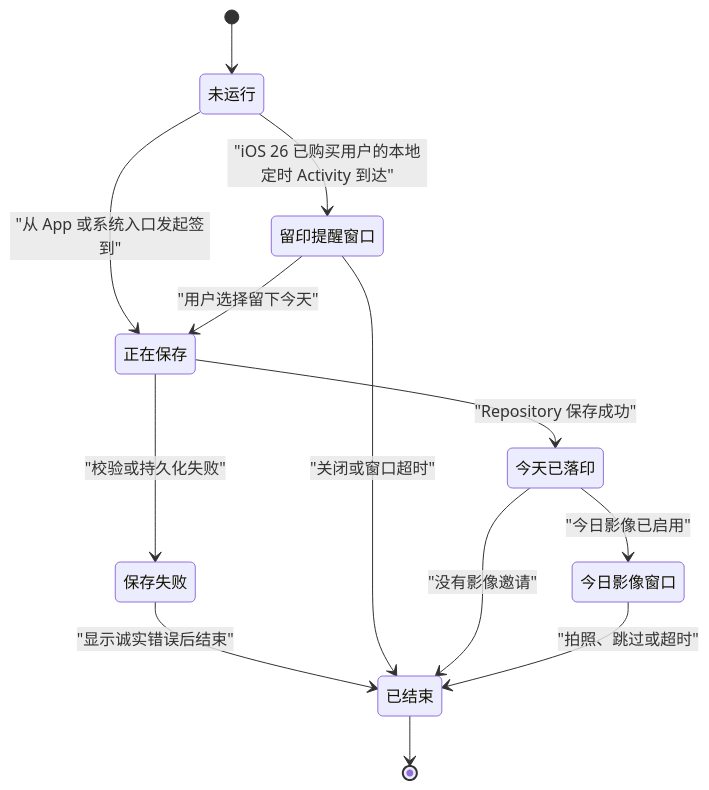
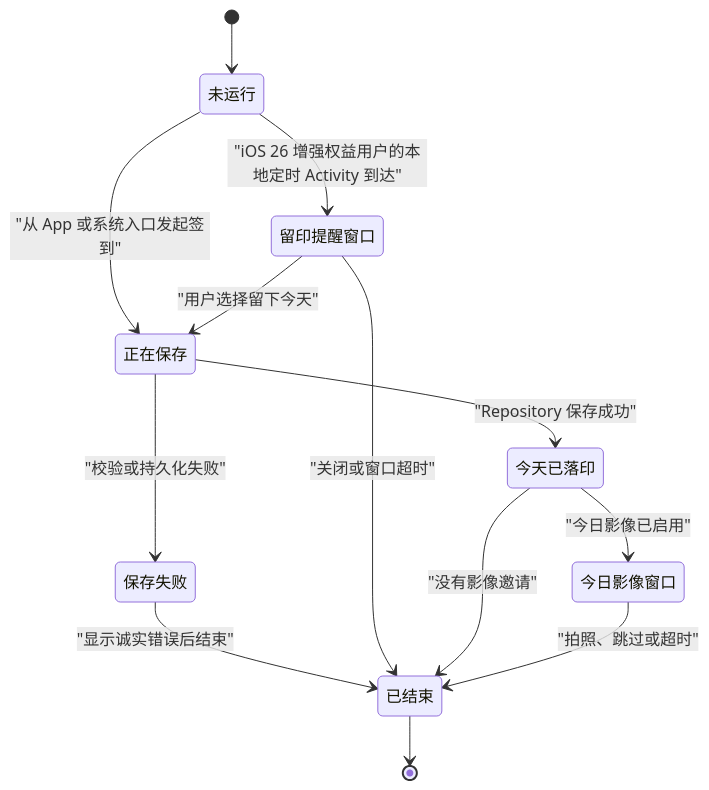
Before and after one commit to cooluid/pulse: the diagram in docs/PULSE_RITUAL_CONTRACT.md, drawn with Mermaid. The commit also changed other lines of this file and 32 other files, not shown here.

````diff
--- a/docs/PULSE_RITUAL_CONTRACT.md
+++ b/docs/PULSE_RITUAL_CONTRACT.md
@@ -46,23 +46,23 @@
 ```mermaid
 stateDiagram-v2
     state "未运行" as Inactive
     state "留印提醒窗口" as ReminderWindow
     state "正在保存" as Saving
     state "今天已落印" as Imprinted
     state "今日影像窗口" as MemoryWindow
     state "保存失败" as Failed
     state "已结束" as Ended
 
     [*] --> Inactive
-    Inactive --> ReminderWindow: "iOS 26 已购买用户的本地定时 Activity 到达"
+    Inactive --> ReminderWindow: "iOS 26 增强权益用户的本地定时 Activity 到达"
     Inactive --> Saving: "从 App 或系统入口发起签到"
     ReminderWindow --> Saving: "用户选择留下今天"
     Saving --> Imprinted: "Repository 保存成功"
     Saving --> Failed: "校验或持久化失败"
     Failed --> Ended: "显示诚实错误后结束"
     ReminderWindow --> Ended: "关闭或窗口超时"
     Imprinted --> MemoryWindow: "今日影像已启用"
     Imprinted --> Ended: "没有影像邀请"
     MemoryWindow --> Ended: "拍照、跳过或超时"
     Ended --> [*]
 ```
````
